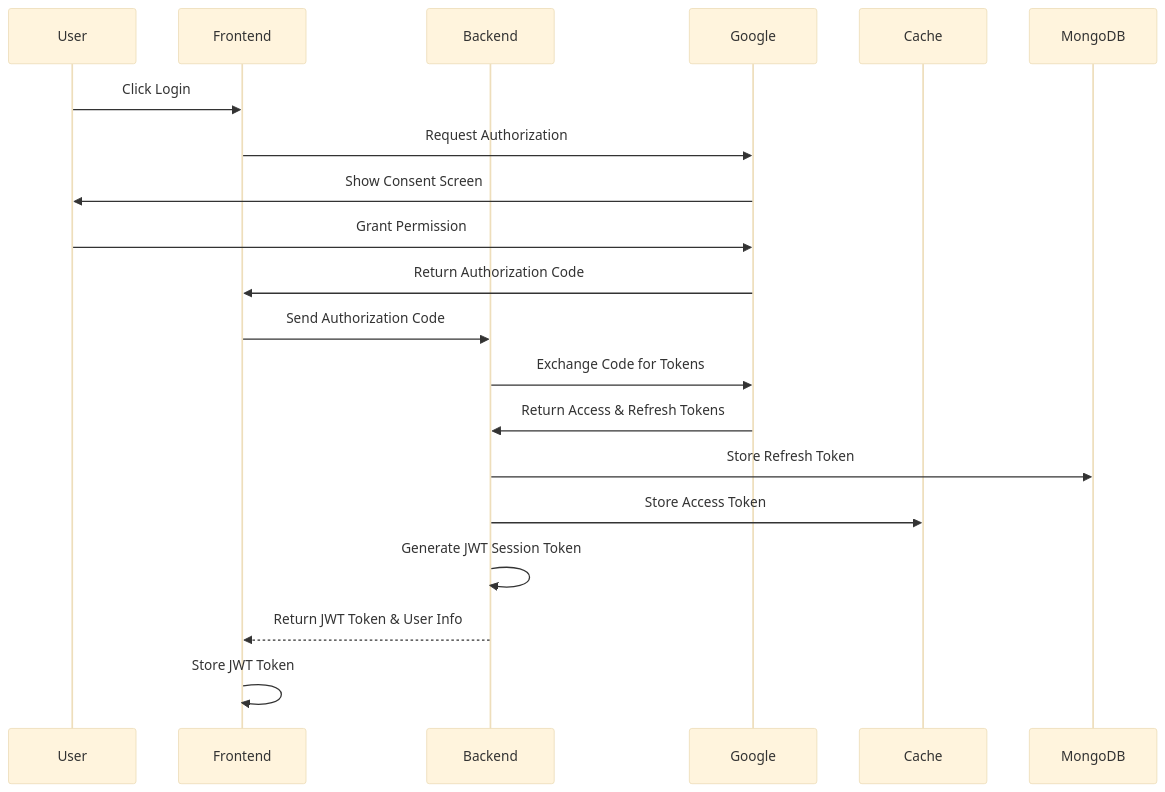
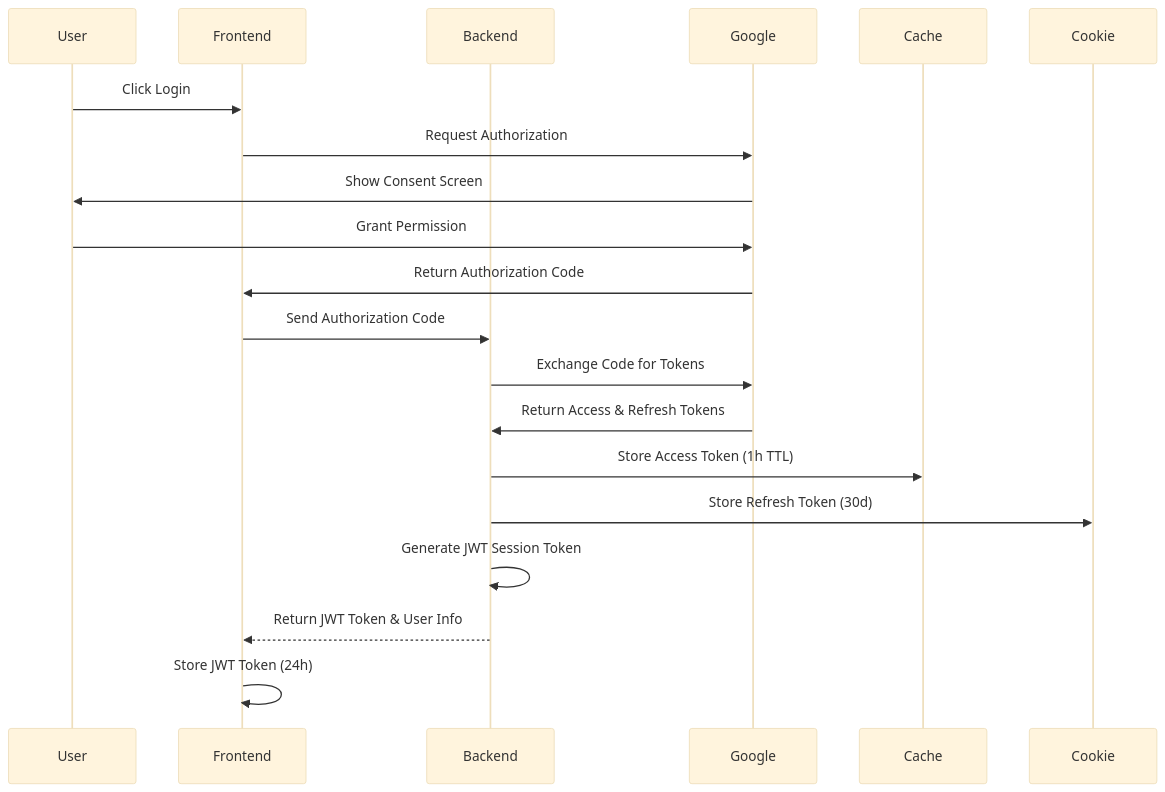
The third of 4 diagrams in data/blog/implementing-email-analysis-with-google-oauth.mdx (Skymore/ruit.me), drawn with Mermaid (base theme) before and after one commit. The commit also changed other lines of this file and 1 other file, not shown here.

Commit message:
chore(blog): update MongoDB integration for user management and optimize email analysis caching blog

````diff
--- a/data/blog/implementing-email-analysis-with-google-oauth.mdx
+++ b/data/blog/implementing-email-analysis-with-google-oauth.mdx
@@ -230,23 +183,23 @@
 ```mermaid
 sequenceDiagram
     participant User
     participant Frontend
     participant Backend
     participant Google
     participant Cache
-    participant MongoDB
+    participant Cookie
 
     User->>Frontend: Click Login
     Frontend->>Google: Request Authorization
     Google->>User: Show Consent Screen
     User->>Google: Grant Permission
     Google->>Frontend: Return Authorization Code
     Frontend->>Backend: Send Authorization Code
     Backend->>Google: Exchange Code for Tokens
     Google->>Backend: Return Access & Refresh Tokens
-    Backend->>MongoDB: Store Refresh Token
-    Backend->>Cache: Store Access Token
+    Backend->>Cache: Store Access Token (1h TTL)
+    Backend->>Cookie: Store Refresh Token (30d)
     Backend->>Backend: Generate JWT Session Token
     Backend-->>Frontend: Return JWT Token & User Info
-    Frontend->>Frontend: Store JWT Token
+    Frontend->>Frontend: Store JWT Token (24h)
 ```
````
